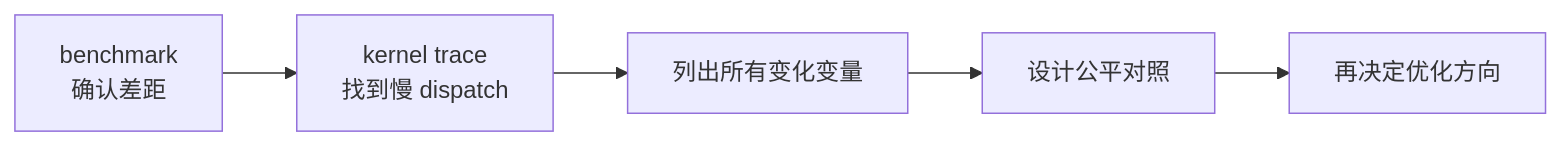
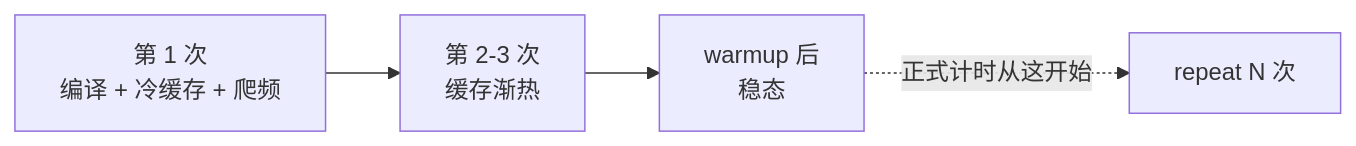
One commit to Weihong-Liu/hello-gpu changed the second of 2 diagrams in docs/part1-profiling/chapter5/index.md. Above: the diagram before and after it, drawn with Mermaid. The commit also changed other lines of this file and 133 other files, not shown here.

````diff
--- a/docs/part1-profiling/chapter5/index.md
+++ b/docs/part1-profiling/chapter5/index.md
@@ -280,7 +75,6 @@
 ```mermaid
 flowchart LR
-    A[benchmark<br/>确认差距] --> B[kernel trace<br/>找到慢 dispatch]
-    B --> C[列出所有变化变量]
-    C --> D[设计公平对照]
-    D --> E[再决定优化方向]
+    A[第 1 次<br/>编译 + 冷缓存 + 爬频] --> B[第 2-3 次<br/>缓存渐热]
+    B --> C[warmup 后<br/>稳态]
+    C -.正式计时从这开始.-> D[repeat N 次]
 ```
````
